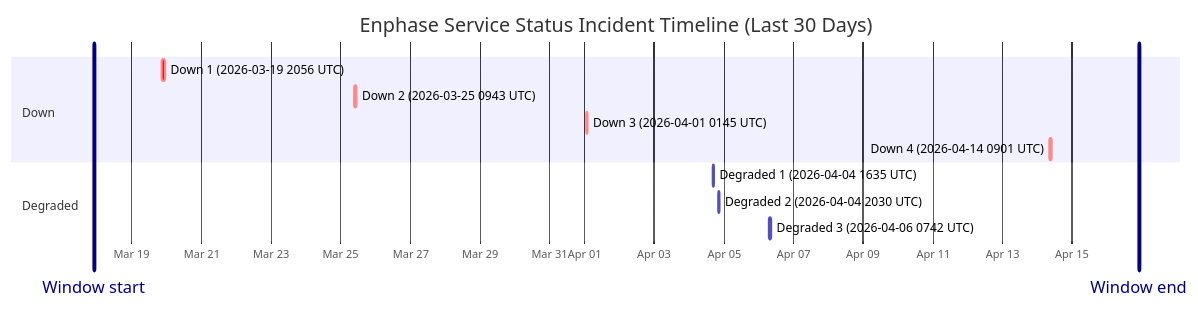
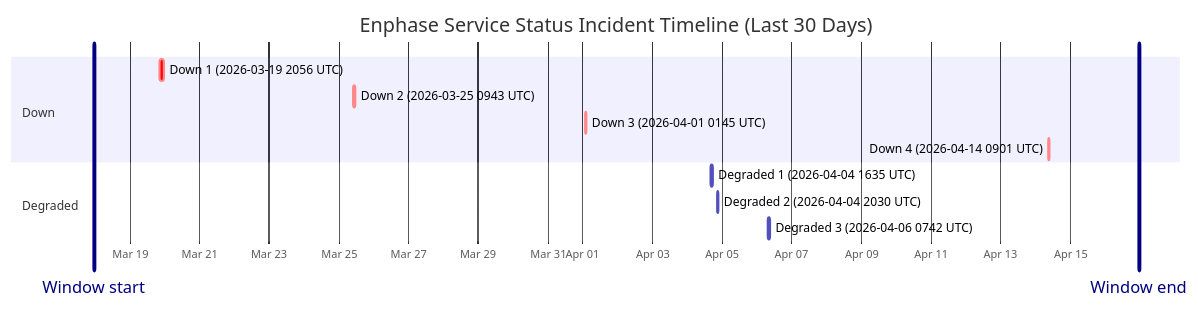
One commit to barneyonline/ha-enphase-ev-charger changed the diagram in wiki/Service-Status-History.md. Above: the diagram before and after it, drawn with Mermaid. The commit also changed other lines of this file and 3 other files, not shown here.

````diff
--- a/wiki/Service-Status-History.md
+++ b/wiki/Service-Status-History.md
@@ -14,17 +14,17 @@
 ```mermaid
 gantt
     title Enphase Service Status Incident Timeline (Last 30 Days)
     dateFormat  YYYY-MM-DDTHH:mm:ss
     axisFormat  %b %d
-    Window start :vert, window-start, 2026-03-17T22:06:11, 0ms
-    Window end :vert, window-end, 2026-04-16T22:06:11, 0ms
+    Window start :vert, window-start, 2026-03-17T23:08:49, 0ms
+    Window end :vert, window-end, 2026-04-16T23:08:49, 0ms
     section Down
     Down 1 (2026-03-19 2056 UTC) :crit, down-1, 2026-03-19T20:56:20, 145m
     Down 2 (2026-03-25 0943 UTC) :crit, down-2, 2026-03-25T09:43:28, 111m
     Down 3 (2026-04-01 0145 UTC) :crit, down-3, 2026-04-01T01:45:09, 60m
     Down 4 (2026-04-14 0901 UTC) :crit, down-4, 2026-04-14T09:01:13, 60m
     section Degraded
     Degraded 1 (2026-04-04 1635 UTC) :active, degraded-1, 2026-04-04T16:35:17, 60m
     Degraded 2 (2026-04-04 2030 UTC) :active, degraded-2, 2026-04-04T20:30:40, 60m
     Degraded 3 (2026-04-06 0742 UTC) :active, degraded-3, 2026-04-06T07:42:09, 85m
 ```
````
